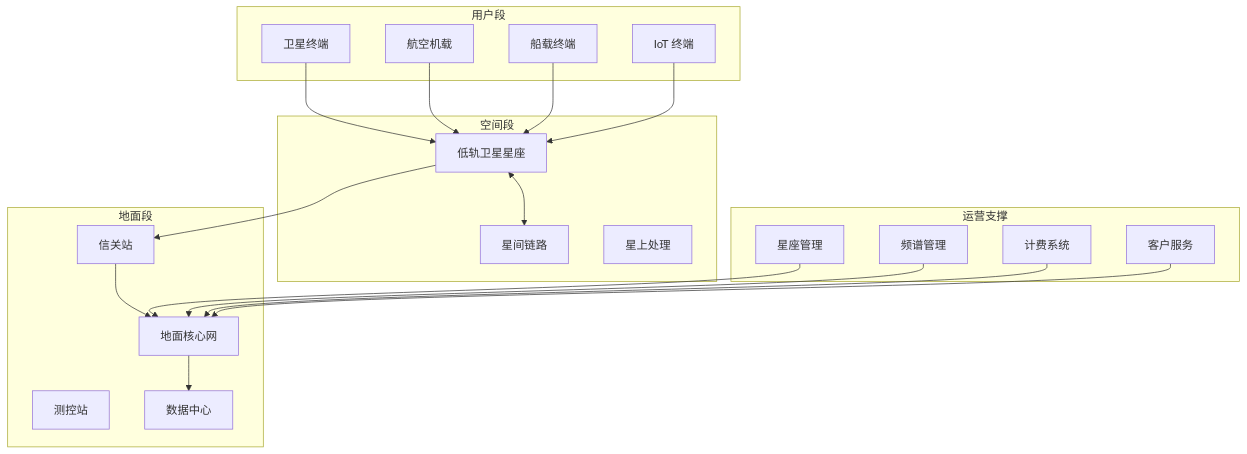
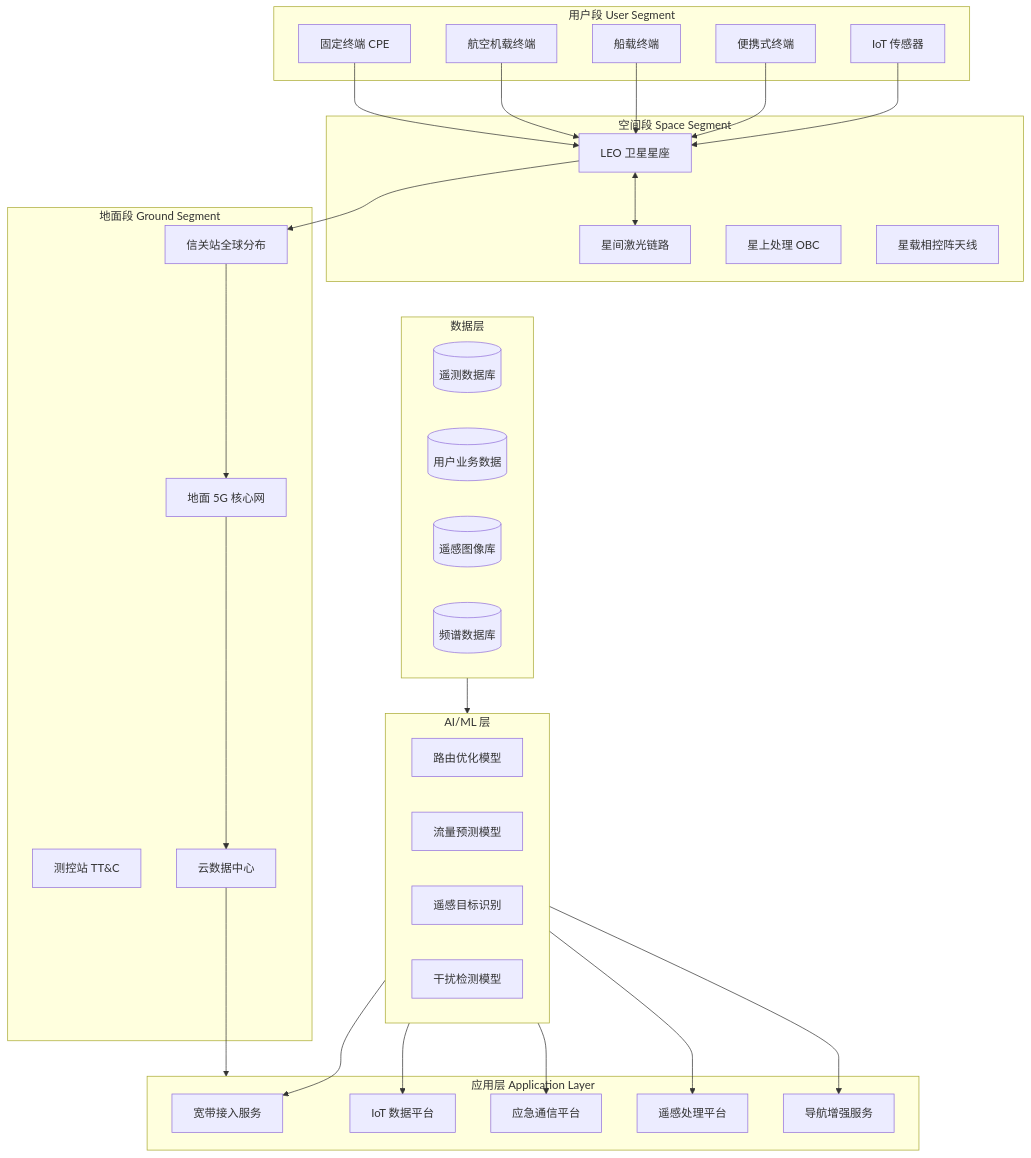
The first of 4 diagrams in topic-application-architecture/46-satellite-internet.md (kudig-io/kudig-database), drawn with Mermaid before and after one commit. The commit also changed other lines of this file and 8633 other files, not shown here.

````diff
--- a/topic-application-architecture/46-satellite-internet.md
+++ b/topic-application-architecture/46-satellite-internet.md
@@ -49,36 +135,54 @@
 ```mermaid
 graph TB
-    subgraph 空间段
-        SAT1[低轨卫星星座]
-        SAT2[星间链路]
-        SAT3[星上处理]
+    subgraph SpaceLayer["空间段 Space Segment"]
+        SP1[LEO 卫星星座]
+        SP2[星间激光链路]
+        SP3[星上处理 OBC]
+        SP4[星载相控阵天线]
     end
 
-    subgraph 地面段
-        G1[信关站]
-        G2[测控站]
-        G3[地面核心网]
-        G4[数据中心]
+    subgraph GroundLayer["地面段 Ground Segment"]
+        GL1[信关站全球分布]
+        GL2[测控站 TT&C]
+        GL3[地面 5G 核心网]
+        GL4[云数据中心]
     end
 
-    subgraph 用户段
-        U1[卫星终端]
-        U2[航空机载]
-        U3[船载终端]
-        U4[IoT 终端]
+    subgraph UserLayer["用户段 User Segment"]
+        UL1[固定终端 CPE]
+        UL2[航空机载终端]
+        UL3[船载终端]
+        UL4[便携式终端]
+        UL5[IoT 传感器]
     end
 
-    subgraph 运营支撑
-        O1[星座管理]
-        O2[频谱管理]
-        O3[计费系统]
-        O4[客户服务]
+    subgraph AppLayer["应用层 Application Layer"]
+        AL1[宽带接入服务]
+        AL2[IoT 数据平台]
+        AL3[应急通信平台]
+        AL4[遥感处理平台]
+        AL5[导航增强服务]
     end
 
-    SAT1 <--> SAT2
-    SAT1 --> G1
-    G1 --> G3
-    G3 --> G4
-    U1 & U2 & U3 & U4 --> SAT1
-    O1 & O2 & O3 & O4 --> G3
+    subgraph AILayer["AI/ML 层"]
+        AI1[路由优化模型]
+        AI2[流量预测模型]
+        AI3[遥感目标识别]
+        AI4[干扰检测模型]
+    end
+
+    subgraph DataLayer["数据层"]
+        DL1[(遥测数据库)]
+        DL2[(用户业务数据)]
+        DL3[(遥感图像库)]
+        DL4[(频谱数据库)]
+    end
+
+    UL1 & UL2 & UL3 & UL4 & UL5 --> SP1
+    SP1 <--> SP2
+    SP1 --> GL1
+    GL1 --> GL3 --> GL4
+    GL4 --> AppLayer
+    DataLayer --> AILayer
+    AILayer --> AL1 & AL2 & AL3 & AL4 & AL5
 ```
````
